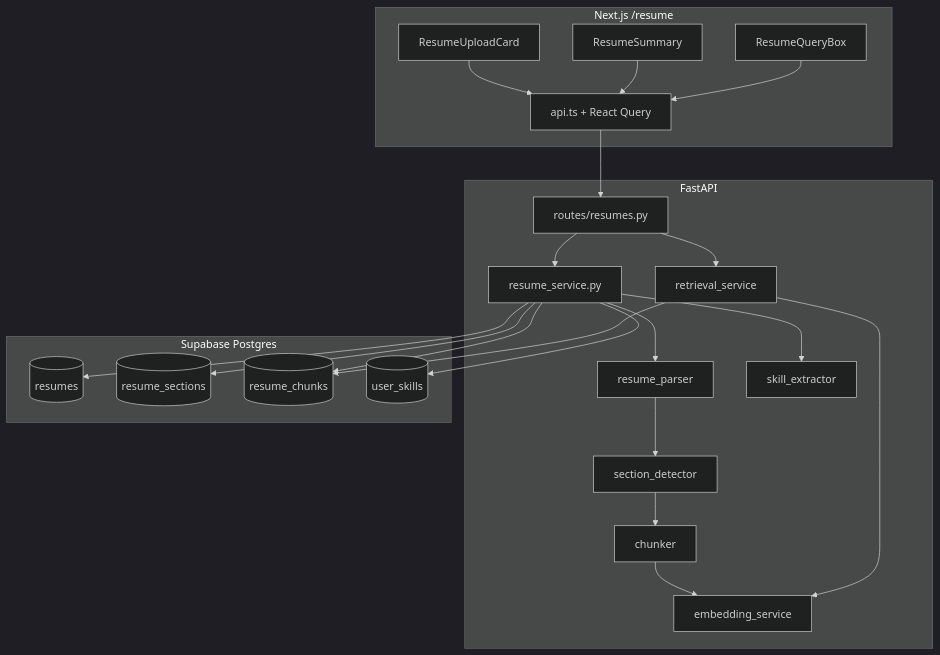
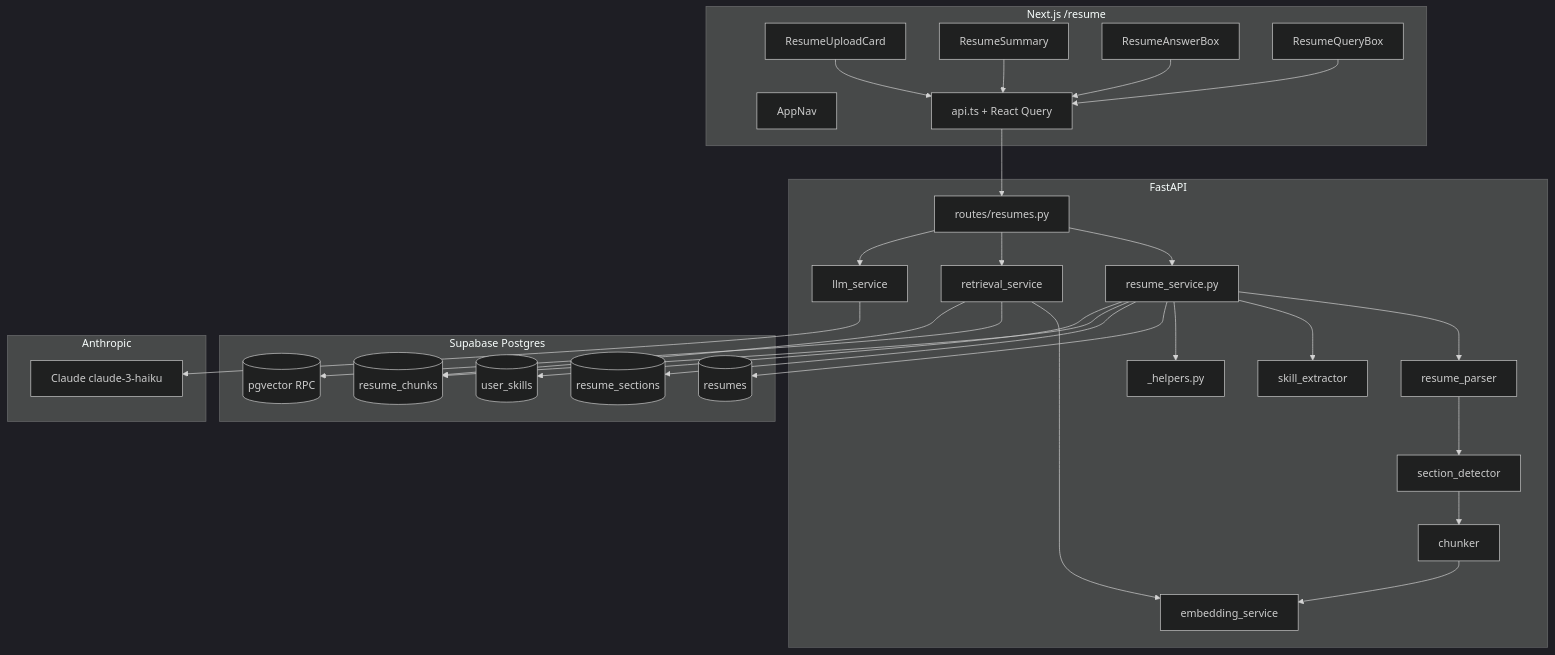
The diagram in Docs/cv-intelligence-implementation.md (A-Piyas-04/CareerPilot), drawn with Mermaid (dark theme) before and after one commit. The commit also changed other lines of this file and 28 other files, not shown here.

````diff
--- a/Docs/cv-intelligence-implementation.md
+++ b/Docs/cv-intelligence-implementation.md
@@ -29,37 +30,49 @@
 ```mermaid
 flowchart TB
   subgraph frontend [Next.js /resume]
+    NAV[AppNav]
     UP[ResumeUploadCard]
     SUM[ResumeSummary]
+    ANS[ResumeAnswerBox]
     RAG[ResumeQueryBox]
     API_FE[api.ts + React Query]
   end
 
   subgraph backend [FastAPI]
     RT[routes/resumes.py]
     RS[resume_service.py]
     RP[resume_parser]
     SD[section_detector]
     CH[chunker]
     EM[embedding_service]
     SK[skill_extractor]
     RTV[retrieval_service]
+    LLM[llm_service]
+    HLP[_helpers.py]
   end
 
   subgraph db [Supabase Postgres]
     R[(resumes)]
     SEC[(resume_sections)]
     CHK[(resume_chunks)]
     USK[(user_skills)]
+    RPC[(pgvector RPC)]
+  end
+
+  subgraph ai [Anthropic]
+    CL[Claude claude-3-haiku]
   end
 
   UP --> API_FE --> RT
   SUM --> API_FE
+  ANS --> API_FE
   RAG --> API_FE
-  RT --> RS
-  RS --> RP --> SD --> CH --> EM
+  RT --> RS --> RP --> SD --> CH --> EM
   RS --> SK
+  RS --> HLP
   RT --> RTV --> EM
+  RT --> LLM --> CL
+  RTV --> RPC
   RS --> R & SEC & CHK & USK
   RTV --> CHK
 ```
````
